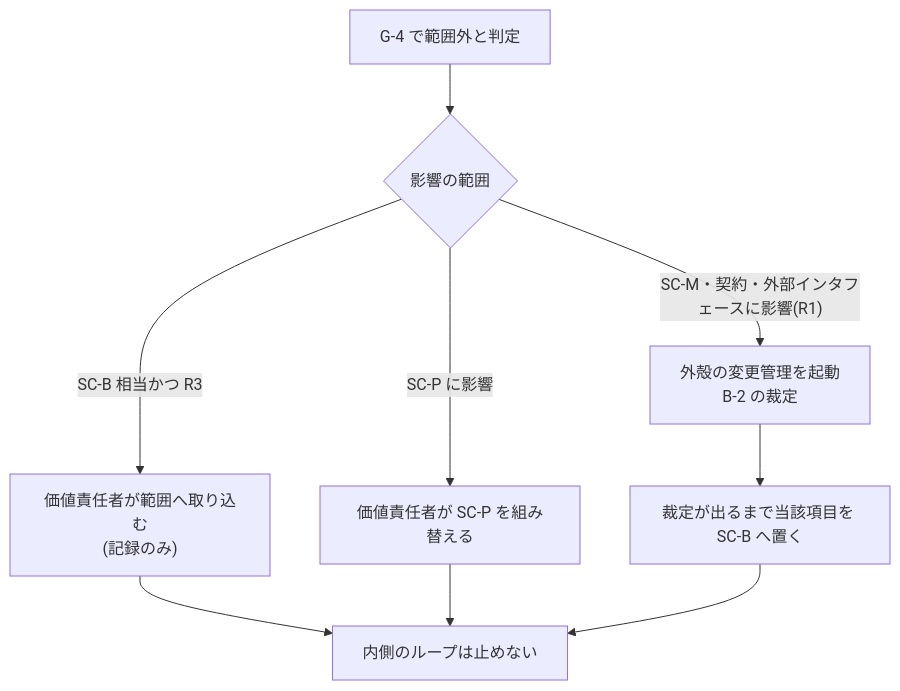
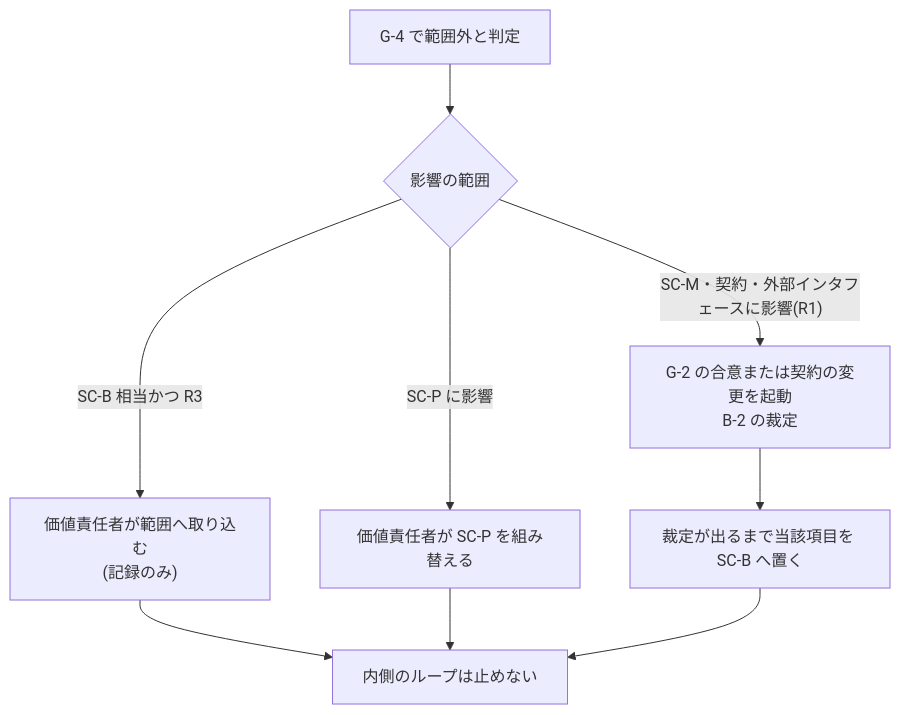
Before and after one commit to Takenori-Kusaka/process-compass: the sixth of 6 diagrams in docs/phase4-process-design/lifecycle.md, drawn with Mermaid. The commit also changed other lines of this file and 17 other files, not shown here.

````diff
--- a/docs/phase4-process-design/lifecycle.md
+++ b/docs/phase4-process-design/lifecycle.md
@@ -739,11 +739,11 @@
 ```mermaid
 graph TD
   A["G-4 で範囲外と判定"] --> B{"影響の範囲"}
   B -->|"SC-B 相当かつ R3"| C["価値責任者が範囲へ取り込む<br>(記録のみ)"]
   B -->|"SC-P に影響"| D["価値責任者が SC-P を組み替える"]
-  B -->|"SC-M・契約・外部インタフェースに影響(R1)"| E["外殻の変更管理を起動<br>B-2 の裁定"]
+  B -->|"SC-M・契約・外部インタフェースに影響(R1)"| E["G-2 の合意または契約の変更を起動<br>B-2 の裁定"]
   E --> F["裁定が出るまで当該項目を SC-B へ置く"]
   C --> G["内側のループは止めない"]
   D --> G
   F --> G
 ```
````
